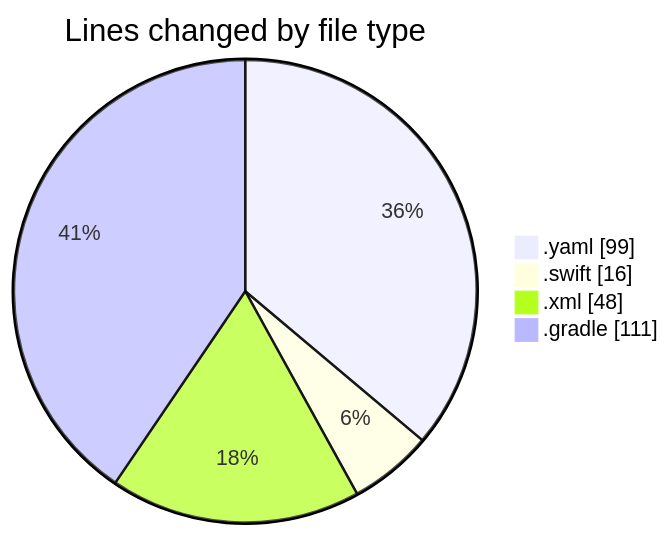
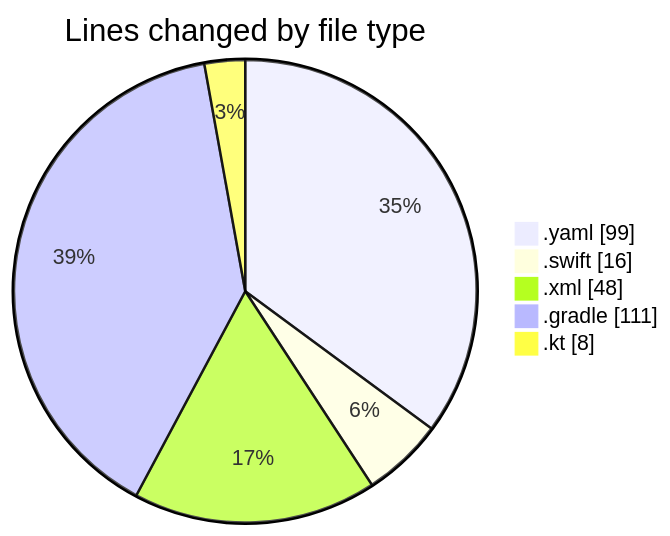
Before and after one commit to donsfak/code-tracking: the first of 2 diagrams in 2025-02-16/uber_clone_v1/README.md, drawn with Mermaid. The commit also changed other lines of this file and 1 other file, not shown here.

````diff
--- a/2025-02-16/uber_clone_v1/README.md
+++ b/2025-02-16/uber_clone_v1/README.md
@@ -25,8 +26,9 @@
 ```mermaid
 pie showData
 title Lines changed by file type
 ".yaml" : 99
 ".swift" : 16
 ".xml" : 48
 ".gradle" : 111
+".kt" : 8
 ```
````
